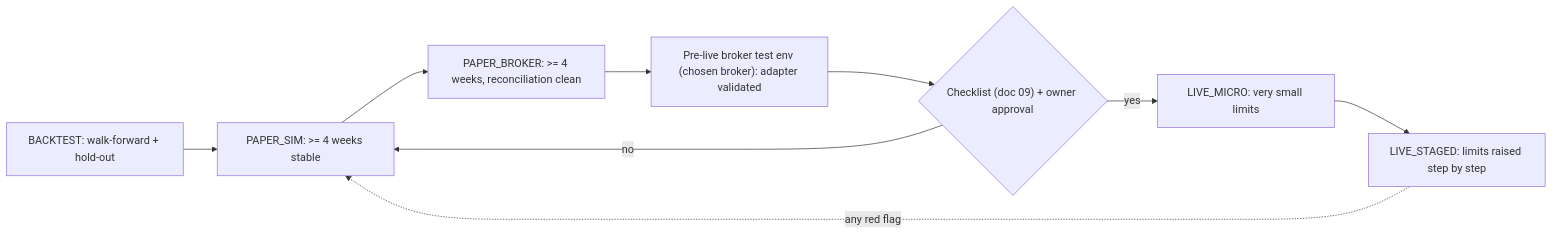
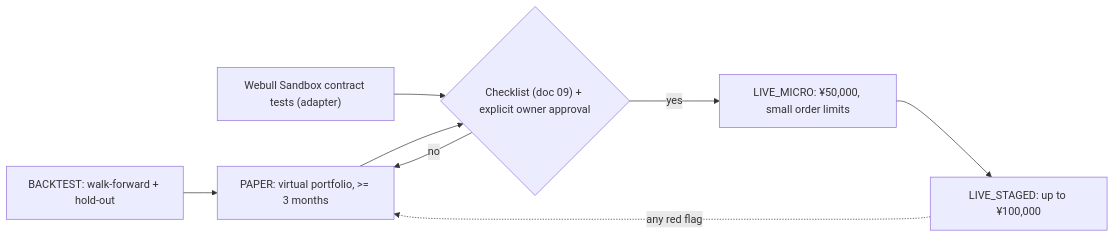
One commit to Kei-Takamizawa/AI-Trader changed the diagram in docs/design/04-mode-switching.md. Above: the diagram before and after it, drawn with Mermaid. The commit also changed other lines of this file and 15 other files, not shown here.

First line of the commit message:
Adopt Webull Securities Japan as first-choice broker (design v0.2)

````diff
--- a/docs/design/04-mode-switching.md
+++ b/docs/design/04-mode-switching.md
@@ -62,11 +88,10 @@
 ```mermaid
 flowchart LR
-    bt["BACKTEST: walk-forward + hold-out"] --> ps["PAPER_SIM: >= 4 weeks stable"]
-    ps --> pb["PAPER_BROKER: >= 4 weeks, reconciliation clean"]
-    pb --> pre["Pre-live broker test env (chosen broker): adapter validated"]
-    pre --> gate{"Checklist (doc 09) + owner approval"}
-    gate -- no --> ps
-    gate -- yes --> lm["LIVE_MICRO: very small limits"]
-    lm --> ls["LIVE_STAGED: limits raised step by step"]
-    ls -.->|"any red flag"| ps
+    bt["BACKTEST: walk-forward + hold-out"] --> pp["PAPER: virtual portfolio, >= 3 months"]
+    sb["Webull Sandbox contract tests (adapter)"] --> gate
+    pp --> gate{"Checklist (doc 09) + explicit owner approval"}
+    gate -- no --> pp
+    gate -- yes --> lm["LIVE_MICRO: ¥50,000, small order limits"]
+    lm --> ls["LIVE_STAGED: up to ¥100,000"]
+    ls -.->|"any red flag"| pp
 ```
````
